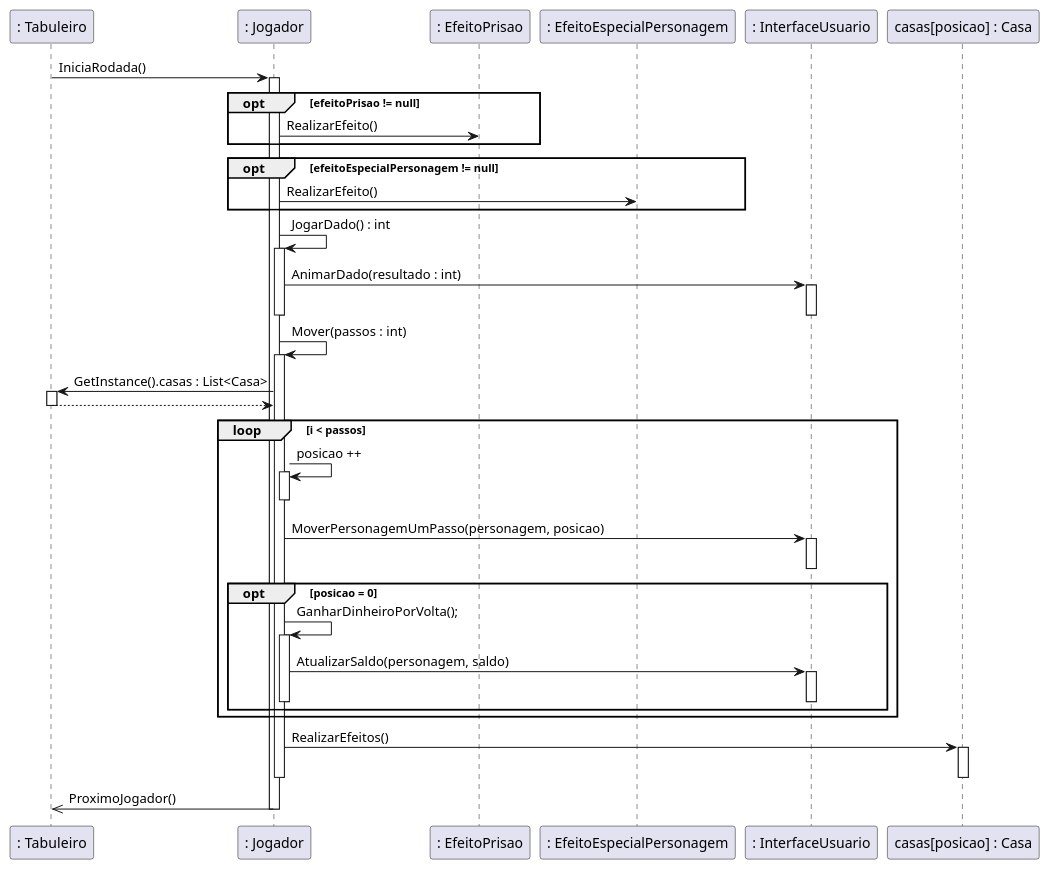
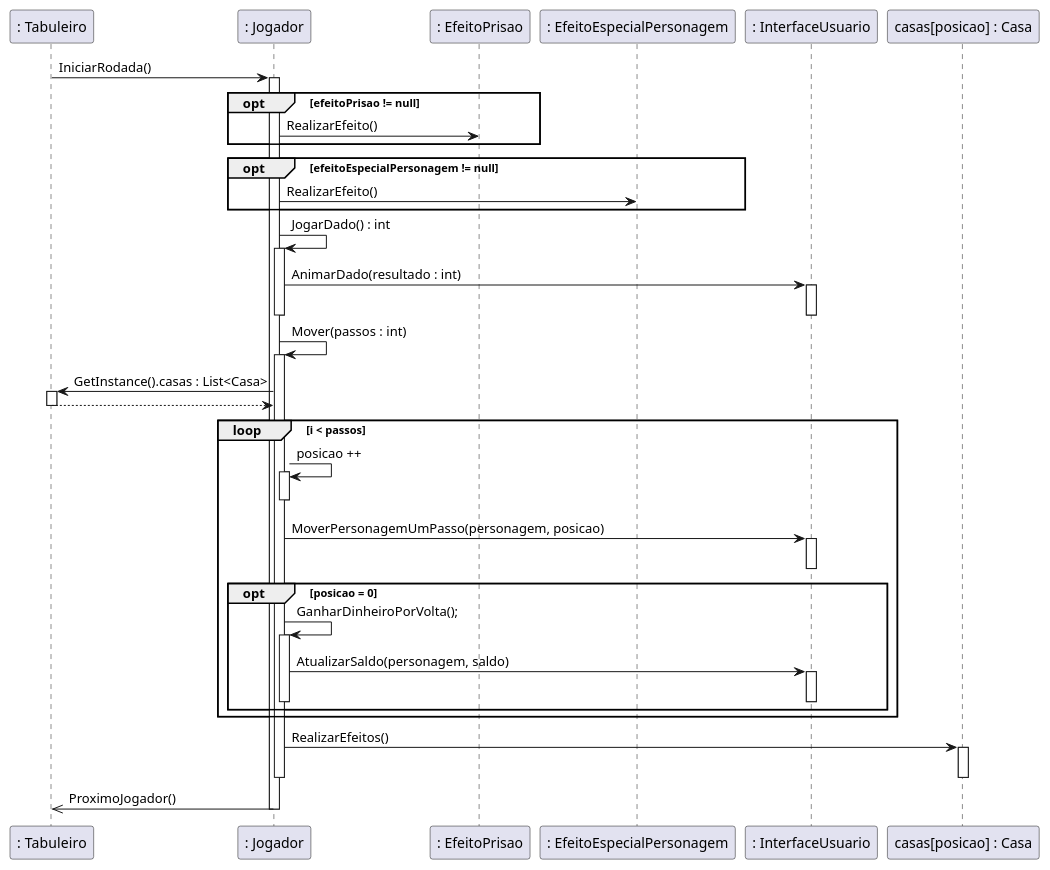
The diagram in Documentação/diagrama-de-sequencia-Movimenta-Jogador.plantuml (rogerpcto/ProjetoDeSoftware-UFF), drawn with PlantUML before and after one commit.

```diff
--- a/Documentação/diagrama-de-sequencia-Movimenta-Jogador.plantuml
+++ b/Documentação/diagrama-de-sequencia-Movimenta-Jogador.plantuml
@@ -1,53 +1,53 @@
 @startuml comunicacao
 
-": Tabuleiro" as Tab -> ": Jogador" as Jog : IniciaRodada()
+": Tabuleiro" as Tab -> ": Jogador" as Jog : IniciarRodada()
 activate Jog
 
 opt efeitoPrisao != null
     Jog -> ": EfeitoPrisao" as Pris : RealizarEfeito()
 end
 
 opt efeitoEspecialPersonagem != null
     Jog -> ": EfeitoEspecialPersonagem" as EFS : RealizarEfeito()
 end 
 
 Jog -> Jog : JogarDado() : int
     activate Jog
     Jog -> ": InterfaceUsuario" as GUI : AnimarDado(resultado : int)
         activate GUI
         deactivate GUI
     deactivate Jog
 
 Jog -> Jog : Mover(passos : int)
     activate Jog
     Jog -> Tab: GetInstance().casas : List<Casa>
         activate Tab
         Tab --> Jog
         deactivate Tab
     loop i < passos
         Jog -> Jog : posicao ++
         activate Jog
         deactivate Jog
         Jog -> GUI : MoverPersonagemUmPasso(personagem, posicao)
         activate GUI
         deactivate GUI
         opt posicao = 0
          Jog -> Jog : GanharDinheiroPorVolta();
          activate Jog
             Jog -> GUI : AtualizarSaldo(personagem, saldo)
             activate GUI
             deactivate GUI 
          deactivate Jog
         end opt
     end loop
     
     Jog -> "casas[posicao] : Casa" as Casa : RealizarEfeitos()
         activate Casa
         deactivate Casa
     deactivate Jog
 
 
 Jog ->> Tab : ProximoJogador()
 deactivate Jog
 
 @enduml
```
